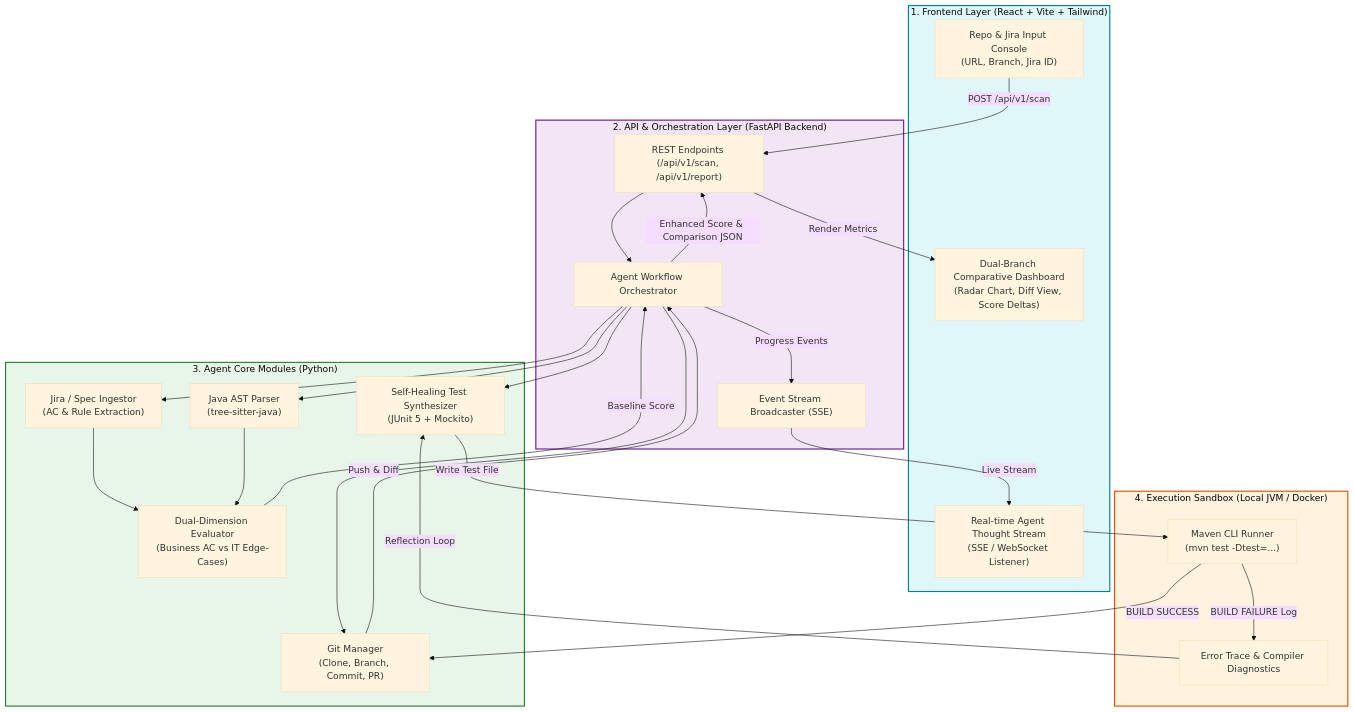
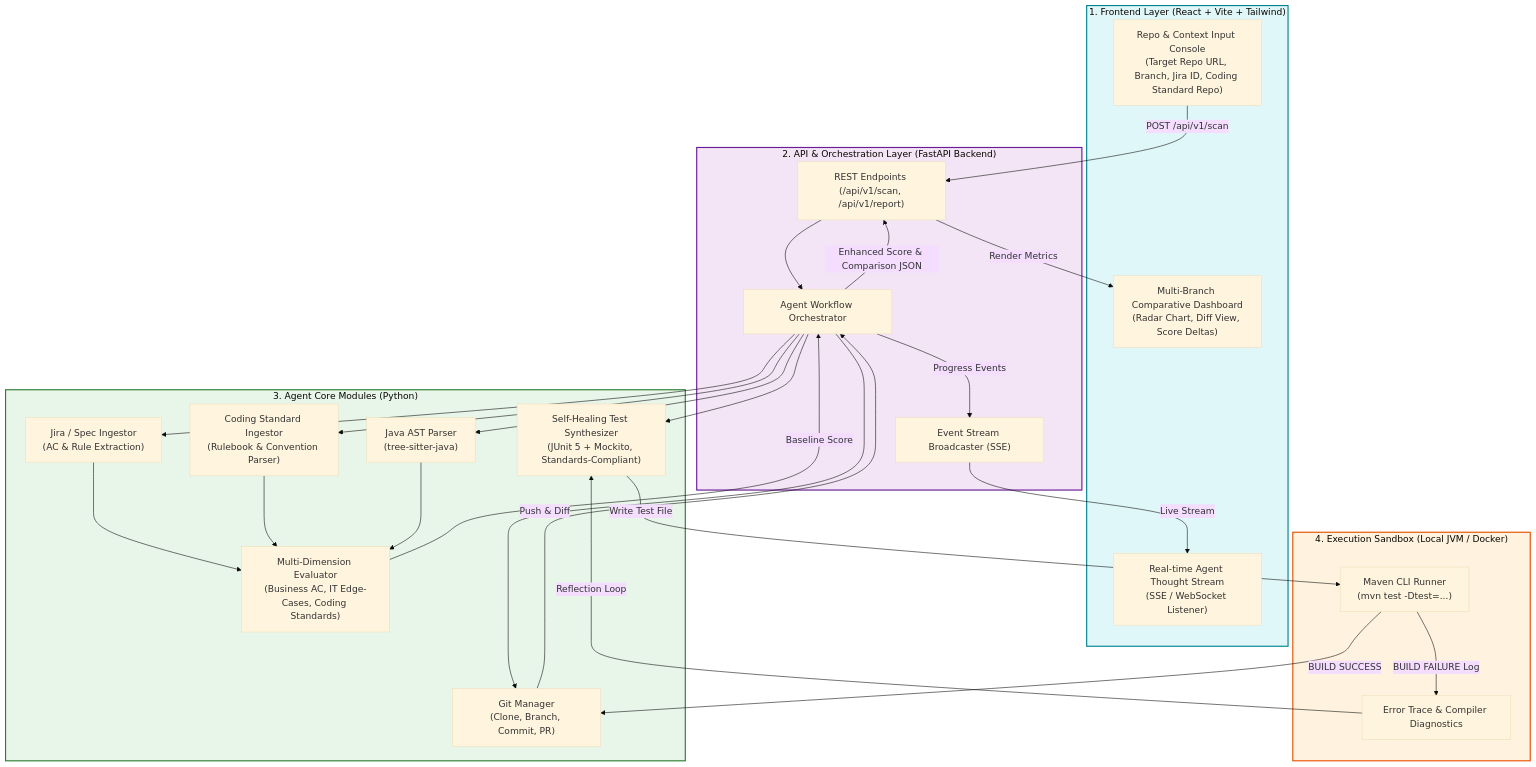
The first of 2 diagrams in docs/ARCHITECTURE.md (nvd11/SentinelQA), drawn with Mermaid (base theme) before and after one commit. The commit also changed other lines of this file and 3 other files, not shown here.

Commit message:
docs: update architecture, requirements and readme for python 3.12, langchain, and coding standard context

````diff
--- a/docs/ARCHITECTURE.md
+++ b/docs/ARCHITECTURE.md
@@ -28,57 +29,58 @@
 ```mermaid
 flowchart TB
     subgraph Frontend["1. Frontend Layer (React + Vite + Tailwind)"]
-        UI_Input["Repo & Jira Input Console\n(URL, Branch, Jira ID)"]
+        UI_Input["Repo & Context Input Console\n(Target Repo URL, Branch, Jira ID, Coding Standard Repo)"]
         UI_Stream["Real-time Agent Thought Stream\n(SSE / WebSocket Listener)"]
-        UI_Dashboard["Dual-Branch Comparative Dashboard\n(Radar Chart, Diff View, Score Deltas)"]
+        UI_Dashboard["Multi-Branch Comparative Dashboard\n(Radar Chart, Diff View, Score Deltas)"]
     end
 
     subgraph APILayer["2. API & Orchestration Layer (FastAPI Backend)"]
         API_Endpoints["REST Endpoints (/api/v1/scan, /api/v1/report)"]
         SSE_Broadcaster["Event Stream Broadcaster (SSE)"]
         Task_Orchestrator["Agent Workflow Orchestrator"]
     end
 
     subgraph AgentCore["3. Agent Core Modules (Python)"]
         Git_Mgr["Git Manager\n(Clone, Branch, Commit, PR)"]
         Doc_Parser["Jira / Spec Ingestor\n(AC & Rule Extraction)"]
+        Std_Parser["Coding Standard Ingestor\n(Rulebook & Convention Parser)"]
         AST_Parser["Java AST Parser\n(tree-sitter-java)"]
-        Evaluator["Dual-Dimension Evaluator\n(Business AC vs IT Edge-Cases)"]
-        Healer["Self-Healing Test Synthesizer\n(JUnit 5 + Mockito)"]
+        Evaluator["Multi-Dimension Evaluator\n(Business AC, IT Edge-Cases, Coding Standards)"]
+        Healer["Self-Healing Test Synthesizer\n(JUnit 5 + Mockito, Standards-Compliant)"]
     end
 
     subgraph Sandbox["4. Execution Sandbox (Local JVM / Docker)"]
         Maven_Runner["Maven CLI Runner\n(mvn test -Dtest=...)"]
         Log_Inspector["Error Trace & Compiler Diagnostics"]
     end
 
     %% Interactions
     UI_Input -->|POST /api/v1/scan| API_Endpoints
     API_Endpoints --> Task_Orchestrator
     Task_Orchestrator -->|Progress Events| SSE_Broadcaster
     SSE_Broadcaster -->|Live Stream| UI_Stream
 
-    Task_Orchestrator --> Git_Mgr & Doc_Parser & AST_Parser
-    Doc_Parser & AST_Parser --> Evaluator
+    Task_Orchestrator --> Git_Mgr & Doc_Parser & Std_Parser & AST_Parser
+    Doc_Parser & Std_Parser & AST_Parser --> Evaluator
     Evaluator -->|Baseline Score| Task_Orchestrator
     
     Task_Orchestrator --> Healer
     Healer -->|Write Test File| Maven_Runner
     Maven_Runner -->|BUILD FAILURE Log| Log_Inspector
     Log_Inspector -->|Reflection Loop| Healer
     Maven_Runner -->|BUILD SUCCESS| Git_Mgr
     
     Git_Mgr -->|Push & Diff| Task_Orchestrator
     Task_Orchestrator -->|Enhanced Score & Comparison JSON| API_Endpoints
     API_Endpoints -->|Render Metrics| UI_Dashboard
 
     classDef fe fill:#e0f7fa,stroke:#00838f,stroke-width:2px;
     classDef api fill:#f3e5f5,stroke:#6a1b9a,stroke-width:2px;
     classDef core fill:#e8f5e9,stroke:#2e7d32,stroke-width:2px;
     classDef sb fill:#fff3e0,stroke:#e65100,stroke-width:2px;
 
     class Frontend fe;
     class APILayer api;
     class AgentCore core;
     class Sandbox sb;
 ```
````
